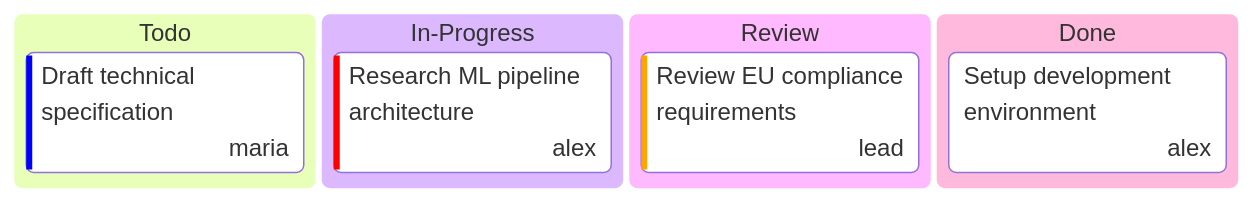
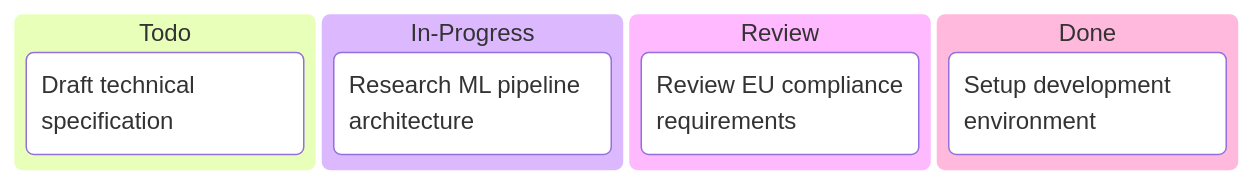
The first of 3 diagrams in docs/_projects/ai-rise.md (Katty-Fashion/kf-cpto), drawn with Mermaid before and after one commit. The commit also changed other lines of this file and 9 other files, not shown here.

First line of the commit message:
fix: remove mermaid kanban @{} metadata and quote node labels

````diff
--- a/docs/_projects/ai-rise.md
+++ b/docs/_projects/ai-rise.md
@@ -34,11 +34,11 @@
 ```mermaid
 kanban
   Todo
-    t2[Draft technical specification]@{ priority: 'Low', assigned: 'maria' }
+    t2["Draft technical specification"]
   In-Progress
-    t1[Research ML pipeline architecture]@{ priority: 'Very High', assigned: 'alex' }
+    t1["Research ML pipeline architecture"]
   Review
-    t4[Review EU compliance requirements]@{ priority: 'High', assigned: 'lead' }
+    t4["Review EU compliance requirements"]
   Done
-    t3[Setup development environment]@{ assigned: 'alex' }
+    t3["Setup development environment"]
 ```
````
